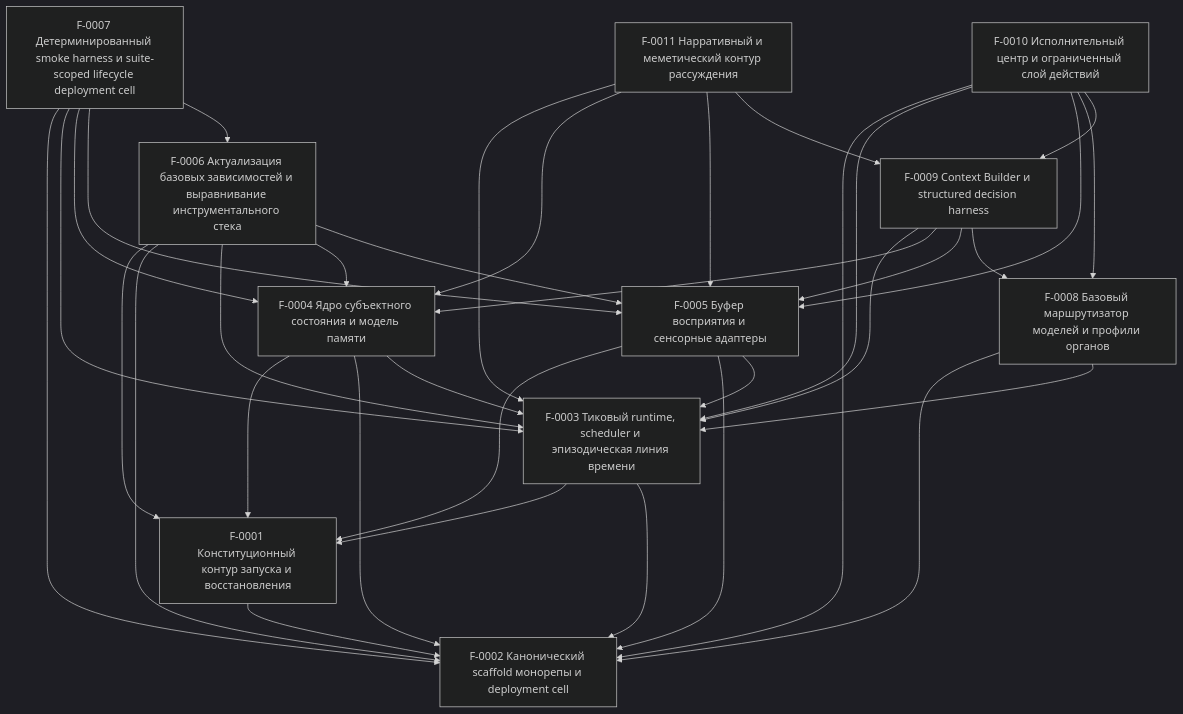
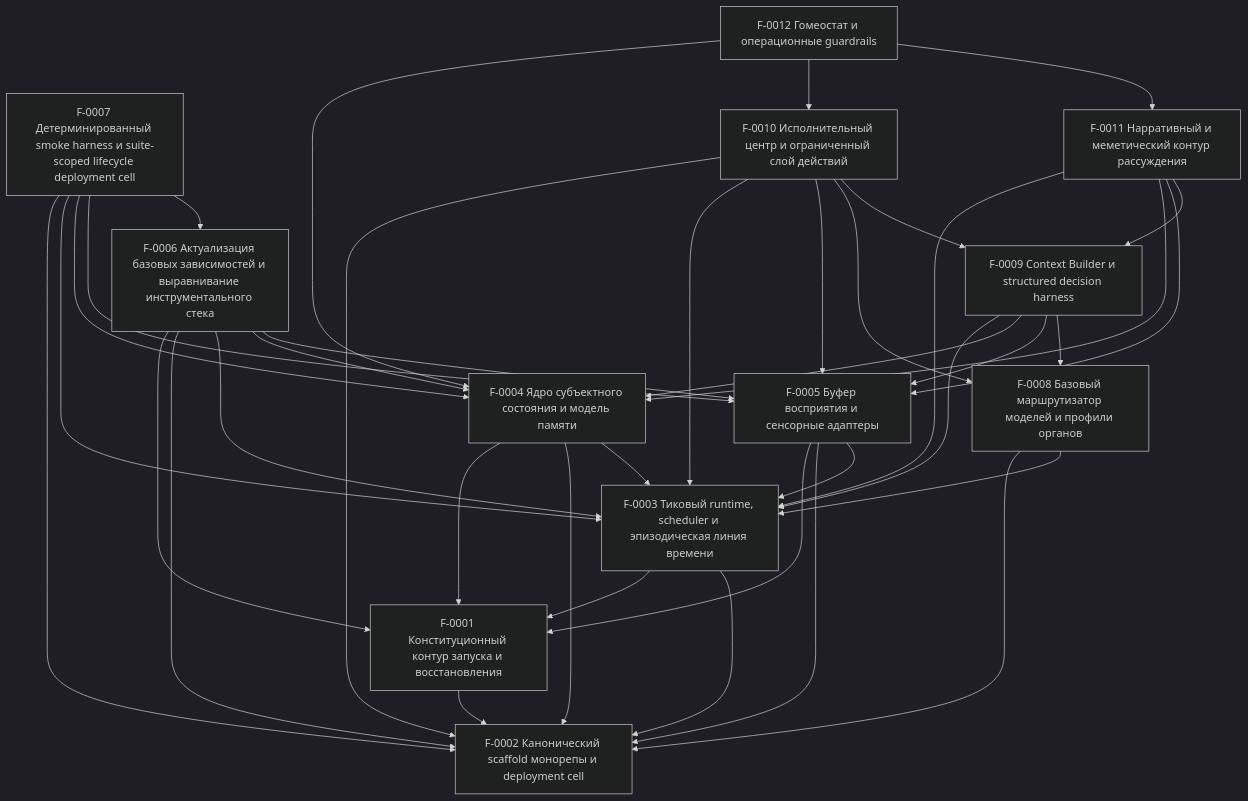
The diagram in docs/ssot/index.md (kostysh/yaagi), drawn with Mermaid (dark theme) before and after one commit. The commit also changed other lines of this file and 3 other files, not shown here.

````diff
--- a/docs/ssot/index.md
+++ b/docs/ssot/index.md
@@ -29,48 +30,52 @@
 ```mermaid
 graph TD
   F0001["F-0001 Конституционный контур запуска и восстановления"]
   F0002["F-0002 Канонический scaffold монорепы и deployment cell"]
   F0003["F-0003 Тиковый runtime, scheduler и эпизодическая линия времени"]
   F0004["F-0004 Ядро субъектного состояния и модель памяти"]
   F0005["F-0005 Буфер восприятия и сенсорные адаптеры"]
   F0006["F-0006 Актуализация базовых зависимостей и выравнивание инструментального стека"]
   F0007["F-0007 Детерминированный smoke harness и suite-scoped lifecycle deployment cell"]
   F0008["F-0008 Базовый маршрутизатор моделей и профили органов"]
   F0009["F-0009 Context Builder и structured decision harness"]
   F0010["F-0010 Исполнительный центр и ограниченный слой действий"]
   F0011["F-0011 Нарративный и меметический контур рассуждения"]
+  F0012["F-0012 Гомеостат и операционные guardrails"]
   F0001 --> F0002
   F0003 --> F0001
   F0003 --> F0002
   F0004 --> F0001
   F0004 --> F0002
   F0004 --> F0003
   F0005 --> F0001
   F0005 --> F0002
   F0005 --> F0003
   F0006 --> F0001
   F0006 --> F0002
   F0006 --> F0003
   F0006 --> F0004
   F0006 --> F0005
   F0007 --> F0002
   F0007 --> F0003
   F0007 --> F0004
   F0007 --> F0005
   F0007 --> F0006
   F0008 --> F0002
   F0008 --> F0003
   F0009 --> F0003
   F0009 --> F0004
   F0009 --> F0005
   F0009 --> F0008
   F0010 --> F0002
   F0010 --> F0003
   F0010 --> F0005
   F0010 --> F0008
   F0010 --> F0009
   F0011 --> F0003
   F0011 --> F0004
   F0011 --> F0005
   F0011 --> F0009
+  F0012 --> F0004
+  F0012 --> F0010
+  F0012 --> F0011
 ```
````
